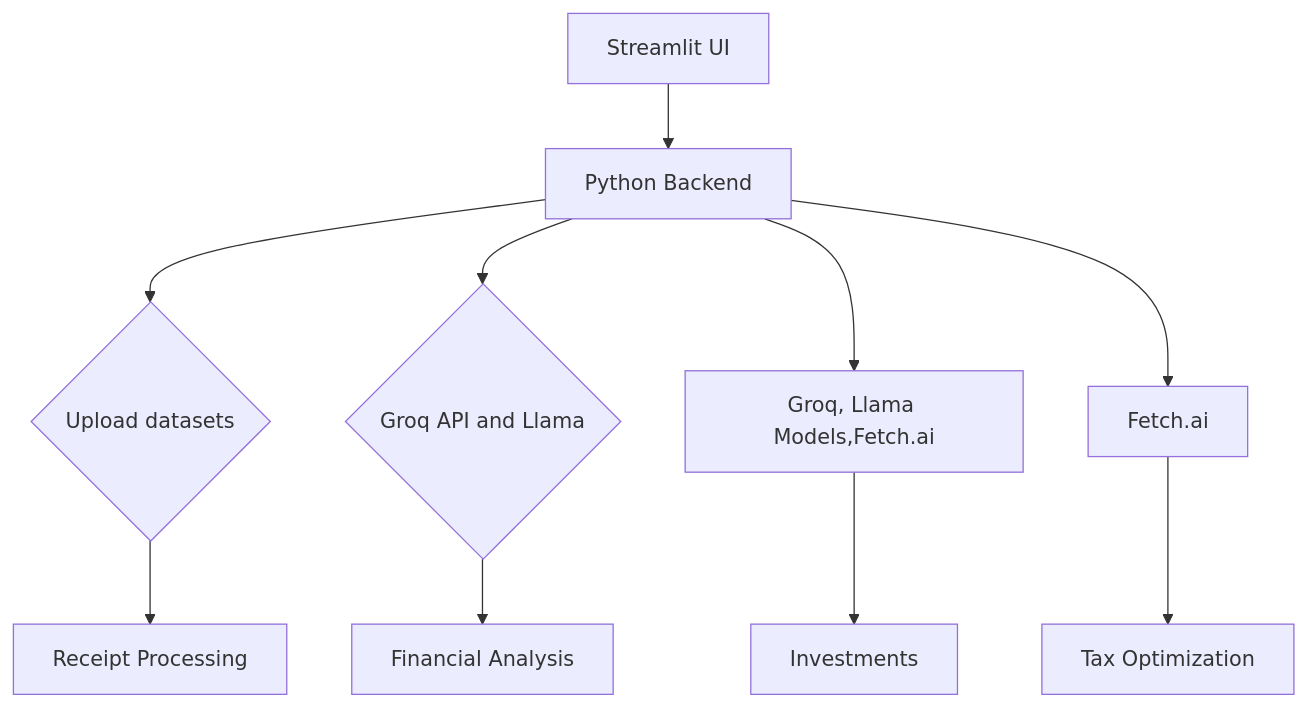
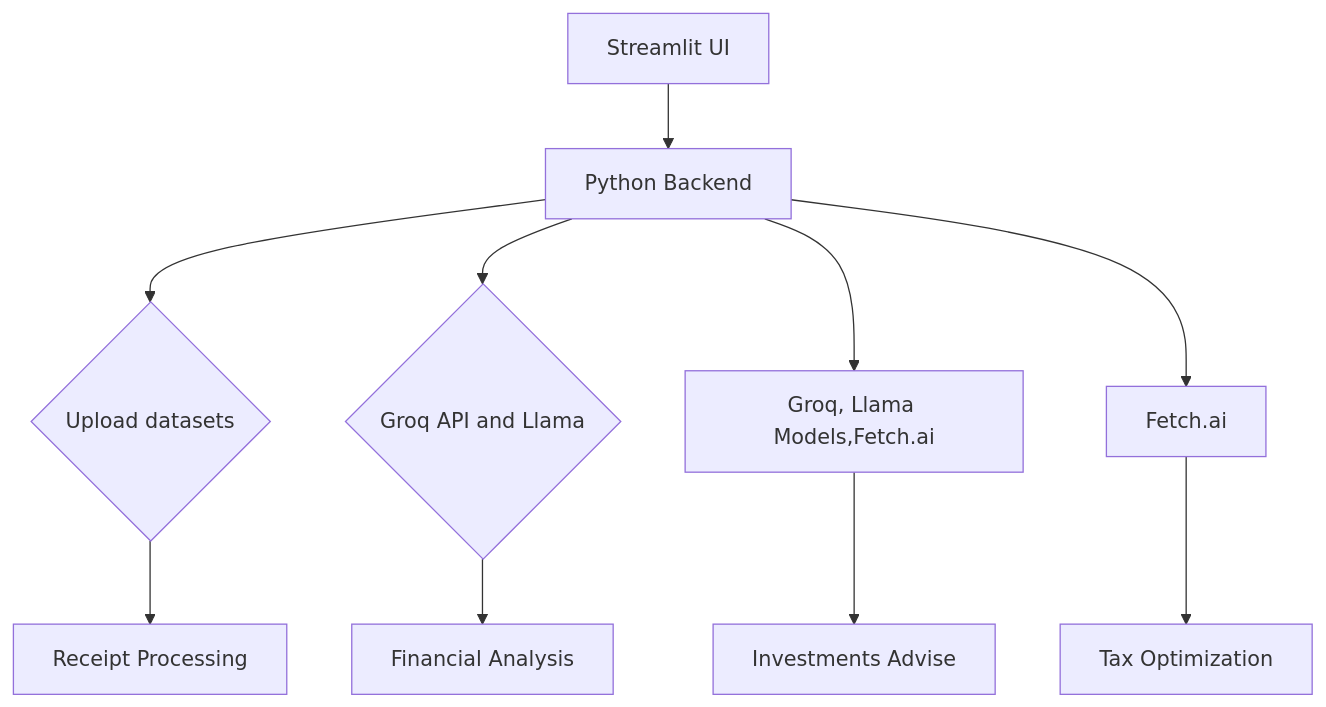
The diagram in README.md (Ellenella/AIAccoutnant), drawn with Mermaid before and after one commit.

````diff
--- a/README.md
+++ b/README.md
@@ -54,12 +54,12 @@
 ```mermaid
 graph TD
     A[Streamlit UI] --> B[Python Backend]
     B --> C{Upload datasets}
     B --> D{Groq API and Llama}
     B --> E[Groq, Llama Models,Fetch.ai]
     B --> F[Fetch.ai]
     C --> G[Receipt Processing]
     D --> H[Financial Analysis]
-    E --> I[Investments]
+    E --> I[Investments Advise]
     F --> J[Tax Optimization]
 ```
````
